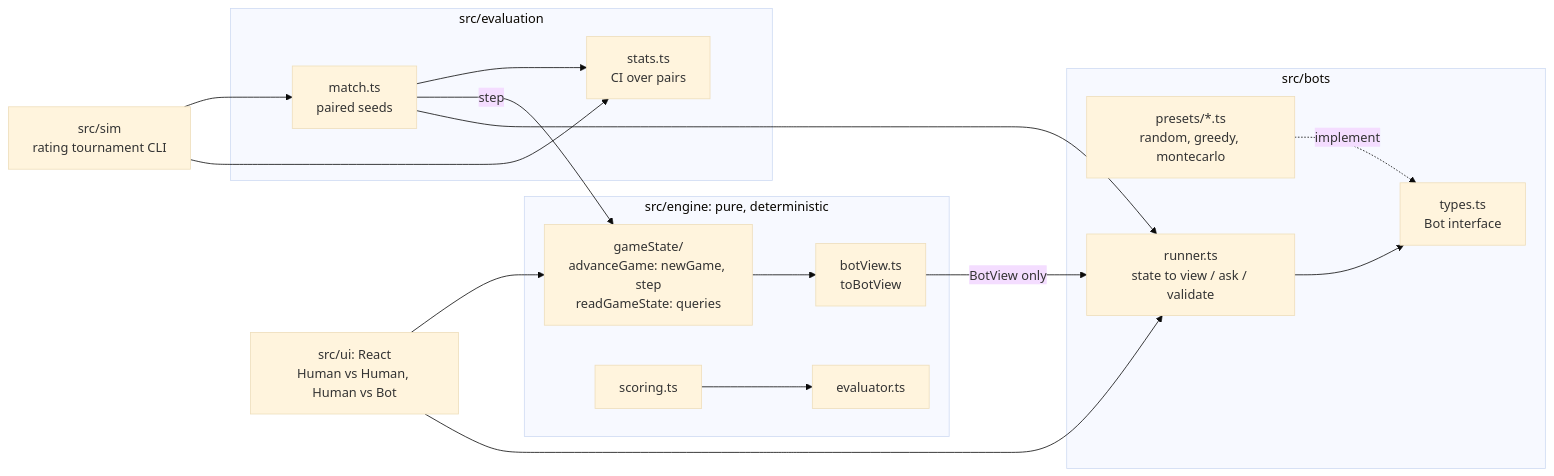
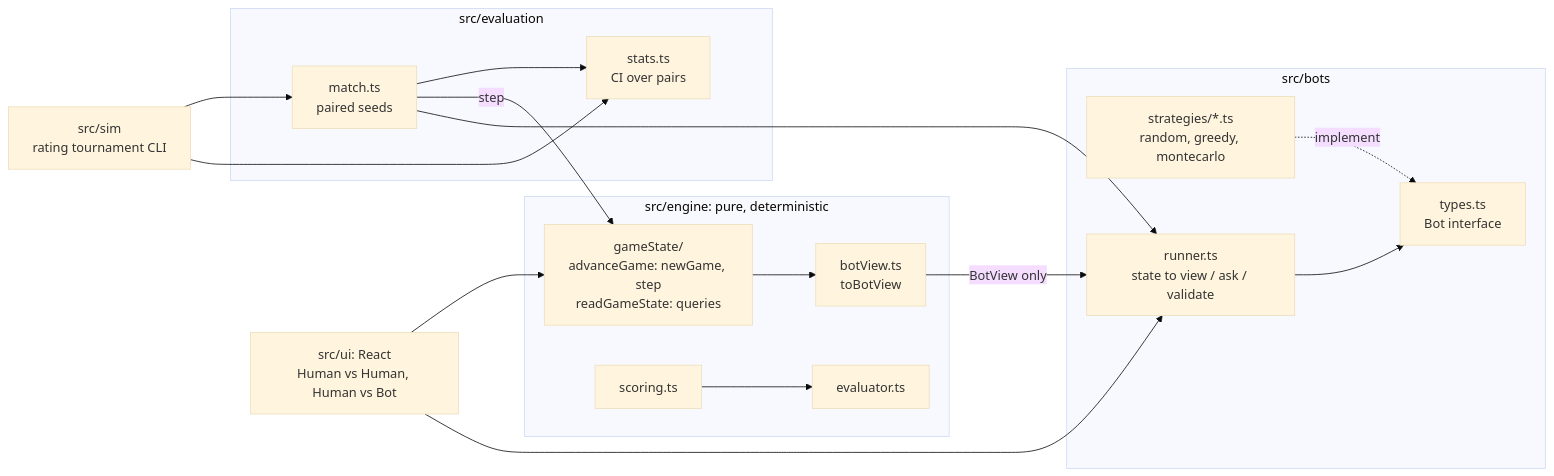
The diagram in README.md (nty-dev/poker-grid-duel), drawn with Mermaid (base theme) before and after one commit. The commit also changed other lines of this file and 17 other files, not shown here.

First line of the commit message:
Rename "preset" to bot catalog and strategies; bot tests are self-play only

````diff
--- a/README.md
+++ b/README.md
@@ -73,19 +73,19 @@
 ```mermaid
 flowchart LR
   subgraph engine [src/engine: pure, deterministic]
     game[gameState/<br/>advanceGame: newGame, step<br/>readGameState: queries] --> view[botView.ts<br/>toBotView]
     scoring[scoring.ts] --> evaluator[evaluator.ts]
   end
   subgraph bots [src/bots]
-    presets[presets/*.ts<br/>random, greedy, montecarlo] -. implement .-> contract[types.ts<br/>Bot interface]
+    strategies[strategies/*.ts<br/>random, greedy, montecarlo] -. implement .-> contract[types.ts<br/>Bot interface]
     runner[runner.ts<br/>state to view / ask / validate] --> contract
   end
   subgraph evaluation [src/evaluation]
     match[match.ts<br/>paired seeds] --> stats[stats.ts<br/>CI over pairs]
   end
   view -- BotView only --> runner
   match -- step --> game
   match --> runner
   ui[src/ui: React<br/>Human vs Human, Human vs Bot] --> game & runner
   sim[src/sim<br/>rating tournament CLI] --> match & stats
 ```
````
